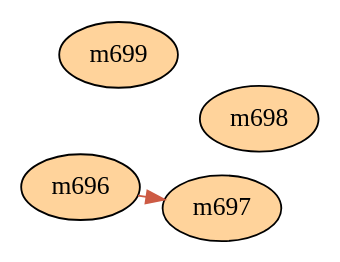
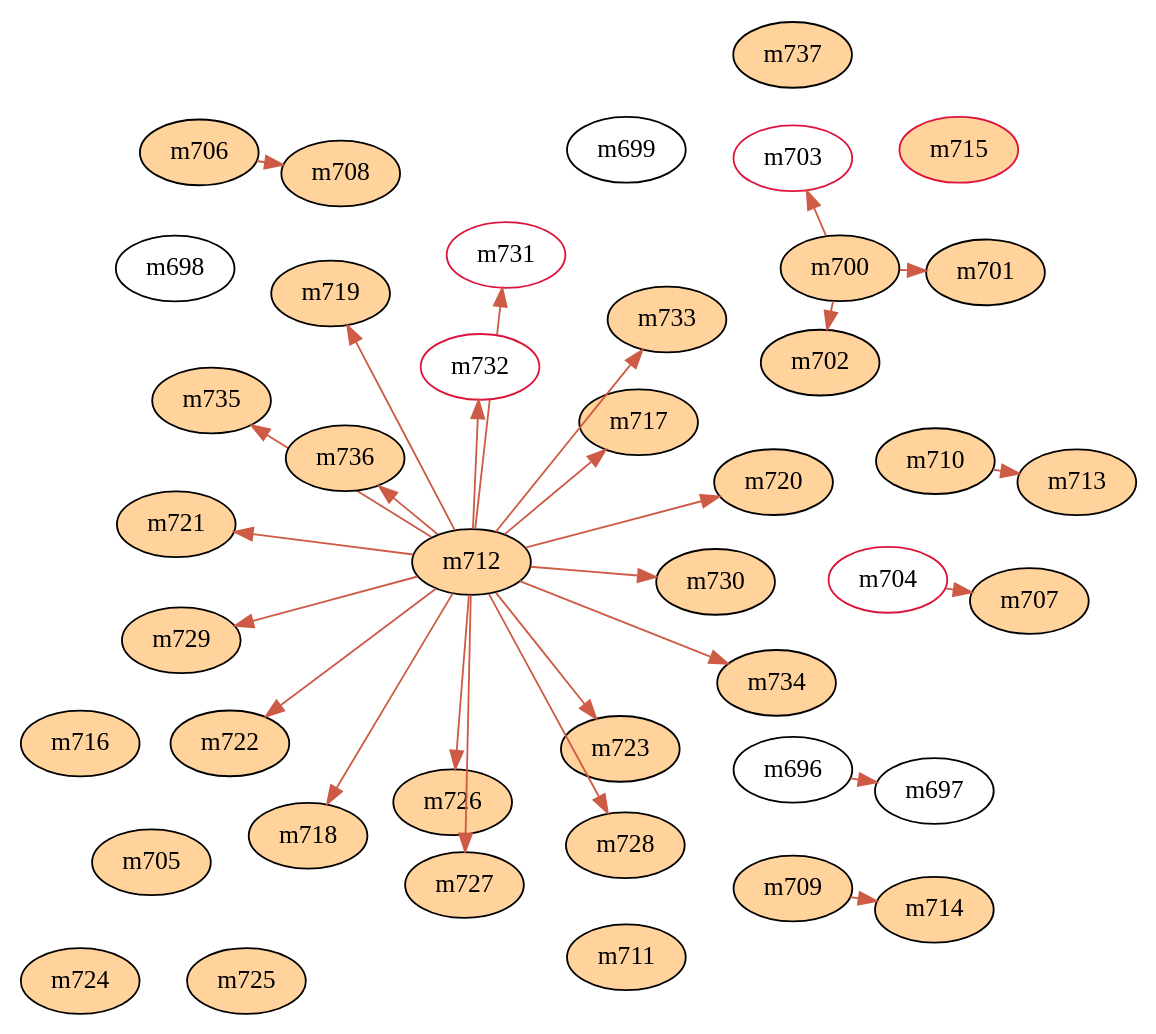
One commit to spiegel-im-spiegel/covid-2019-report changed the diagram in report/matsue/infections.dot. Above: the diagram before and after it, drawn with Graphviz. The commit also changed 59 other files, not shown here.

```diff
--- a/report/matsue/infections.dot
+++ b/report/matsue/infections.dot
@@ -1,21 +1,84 @@
 digraph infections {
 	graph [
 		charset = "UTF-8",
 		layout = fdp
 	];
 	node [
 		fontname="Inconsolata",
 		fontcolor = black,
 		style = "solid,filled",
 		color = black
 		fillcolor = white
 	];
 	edge [
 		color = coral3
 	];
-	m696[fillcolor=burlywood1];
-	m697[fillcolor=burlywood1];
-	m698[fillcolor=burlywood1];
-	m699[fillcolor=burlywood1];
+	m696;
+	m697;
+	m698;
+	m699;
+	m700[fillcolor=burlywood1];
+	m701[fillcolor=burlywood1];
+	m702[fillcolor=burlywood1];
+	m703[color=crimson];
+	m704[color=crimson];
+	m705[fillcolor=burlywood1];
+	m706[fillcolor=burlywood1];
+	m707[fillcolor=burlywood1];
+	m708[fillcolor=burlywood1];
+	m709[fillcolor=burlywood1];
+	m710[fillcolor=burlywood1];
+	m711[fillcolor=burlywood1];
+	m712[fillcolor=burlywood1];
+	m713[fillcolor=burlywood1];
+	m714[fillcolor=burlywood1];
+	m715[color=crimson,fillcolor=burlywood1];
+	m716[fillcolor=burlywood1];
+	m717[fillcolor=burlywood1];
+	m718[fillcolor=burlywood1];
+	m719[fillcolor=burlywood1];
+	m720[fillcolor=burlywood1];
+	m721[fillcolor=burlywood1];
+	m722[fillcolor=burlywood1];
+	m723[fillcolor=burlywood1];
+	m724[fillcolor=burlywood1];
+	m725[fillcolor=burlywood1];
+	m726[fillcolor=burlywood1];
+	m727[fillcolor=burlywood1];
+	m728[fillcolor=burlywood1];
+	m729[fillcolor=burlywood1];
+	m730[fillcolor=burlywood1];
+	m731[color=crimson];
+	m732[color=crimson];
+	m733[fillcolor=burlywood1];
+	m734[fillcolor=burlywood1];
+	m735[fillcolor=burlywood1];
+	m736[fillcolor=burlywood1];
+	m737[fillcolor=burlywood1];
 	m696->m697;
+	m700->m701;
+	m700->m702;
+	m700->m703;
+	m704->m707;
+	m706->m708;
+	m710->m713;
+	m709->m714;
+	m712->m717;
+	m712->m718;
+	m712->m719;
+	m712->m720;
+	m712->m721;
+	m712->m722;
+	m712->m723;
+	m712->m726;
+	m712->m727;
+	m712->m728;
+	m712->m729;
+	m712->m730;
+	m712->m731;
+	m712->m732;
+	m712->m733;
+	m712->m734;
+	m712->m735;
+	m712->m736;
 }
```
